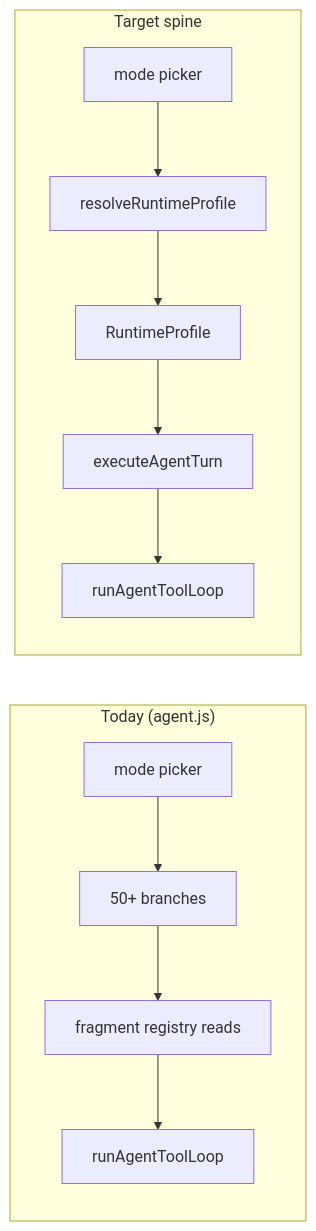
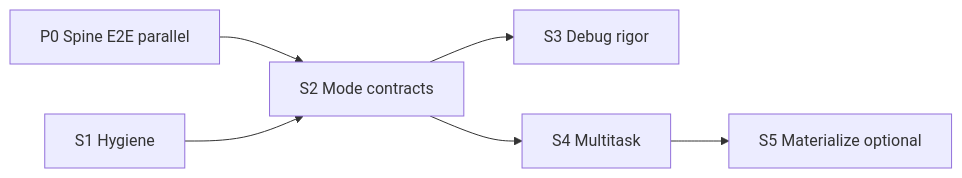
One commit to SamPrimeaux/inneranimalmedia changed the second of 2 diagrams in agentsamrefine.md. Above: the diagram before and after it, drawn with Mermaid. The commit also changed other lines of this file and 2 other files, not shown here.

First line of the commit message:
Refresh Agent Sam refine SSOT and mode-profile sprint board.

````diff
--- a/agentsamrefine.md
+++ b/agentsamrefine.md
@@ -698,15 +162,14 @@
 ```mermaid
 flowchart LR
-  subgraph Before["Today (agent.js)"]
-    B1[mode picker] --> B2[50+ branches]
-    B2 --> B3[fragment registry reads]
-    B3 --> B4[runAgentToolLoop]
-  end
-
-  subgraph After["Target spine"]
-    A1[mode picker] --> A2[resolveRuntimeProfile]
-    A2 --> A3[RuntimeProfile]
-    A3 --> A4[executeAgentTurn]
-    A4 --> A5[runAgentToolLoop]
-  end
+  P0[P0 Spine E2E parallel]
+  S1[S1 Hygiene]
+  S2[S2 Mode contracts]
+  S3[S3 Debug rigor]
+  S4[S4 Multitask]
+  S5[S5 Materialize optional]
+  P0 --> S2
+  S1 --> S2
+  S2 --> S3
+  S2 --> S4
+  S4 --> S5
 ```
````
